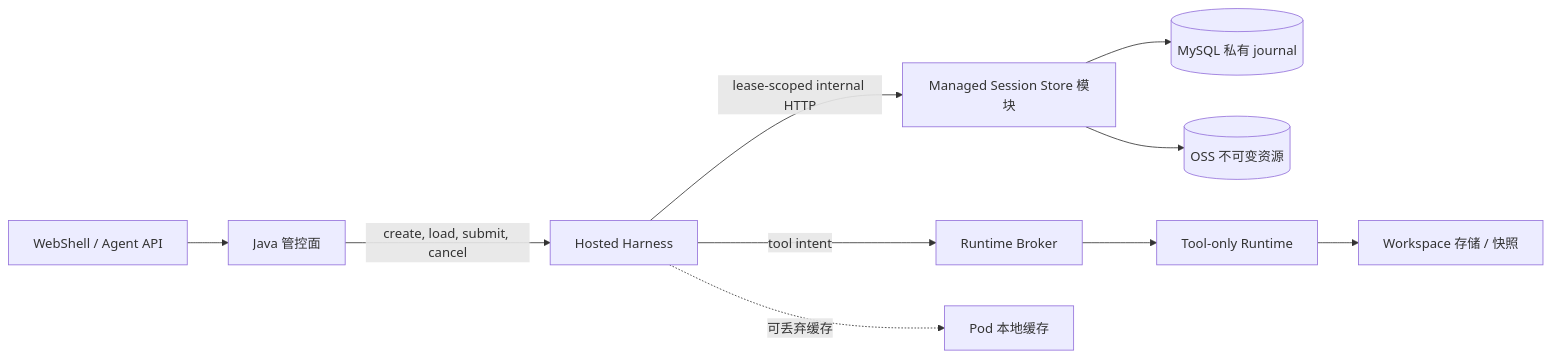
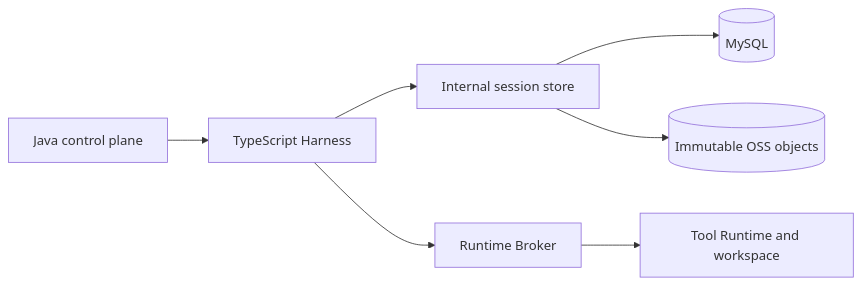
The diagram in docs/design/2026-09-21-managed-session-durable-store.zh-CN.md (QwenLM/qwen-code), drawn with Mermaid before and after one commit. The commit also changed other lines of this file and 20 other files, not shown here.

````diff
--- a/docs/design/2026-09-21-managed-session-durable-store.zh-CN.md
+++ b/docs/design/2026-09-21-managed-session-durable-store.zh-CN.md
@@ -53,12 +40,9 @@
 ```mermaid
 flowchart LR
-  UI[WebShell / Agent API] --> JAVA[Java 管控面]
-  JAVA -->|create, load, submit, cancel| H[Hosted Harness]
-  H -->|lease-scoped internal HTTP| STORE[Managed Session Store 模块]
-  STORE --> DB[(MySQL 私有 journal)]
-  STORE --> OSS[(OSS 不可变资源)]
-  H -->|tool intent| BROKER[Runtime Broker]
-  BROKER --> RT[Tool-only Runtime]
-  RT --> WS[Workspace 存储 / 快照]
-  H -. 可丢弃缓存 .-> CACHE[Pod 本地缓存]
+  JAVA[Java control plane] --> H[TypeScript Harness]
+  H --> STORE[Internal session store]
+  STORE --> DB[(MySQL)]
+  STORE --> OSS[(Immutable OSS objects)]
+  H --> BROKER[Runtime Broker]
+  BROKER --> RT[Tool Runtime and workspace]
 ```
````
